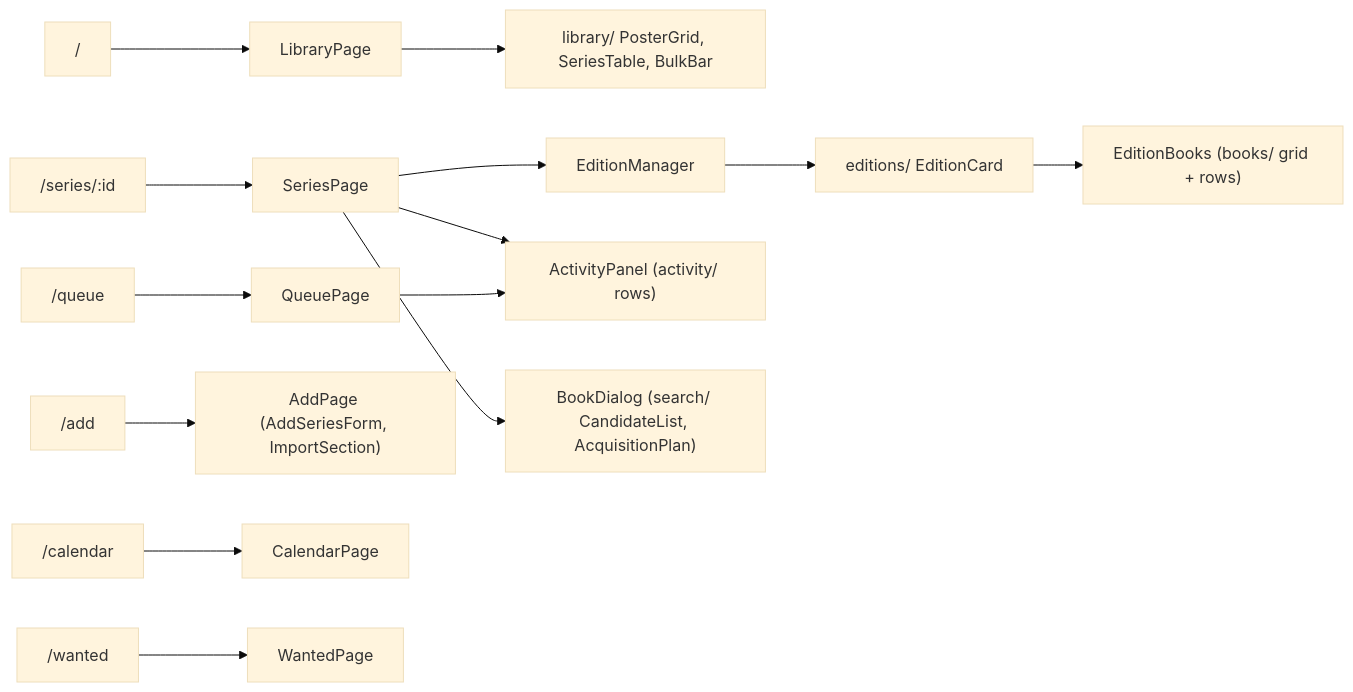
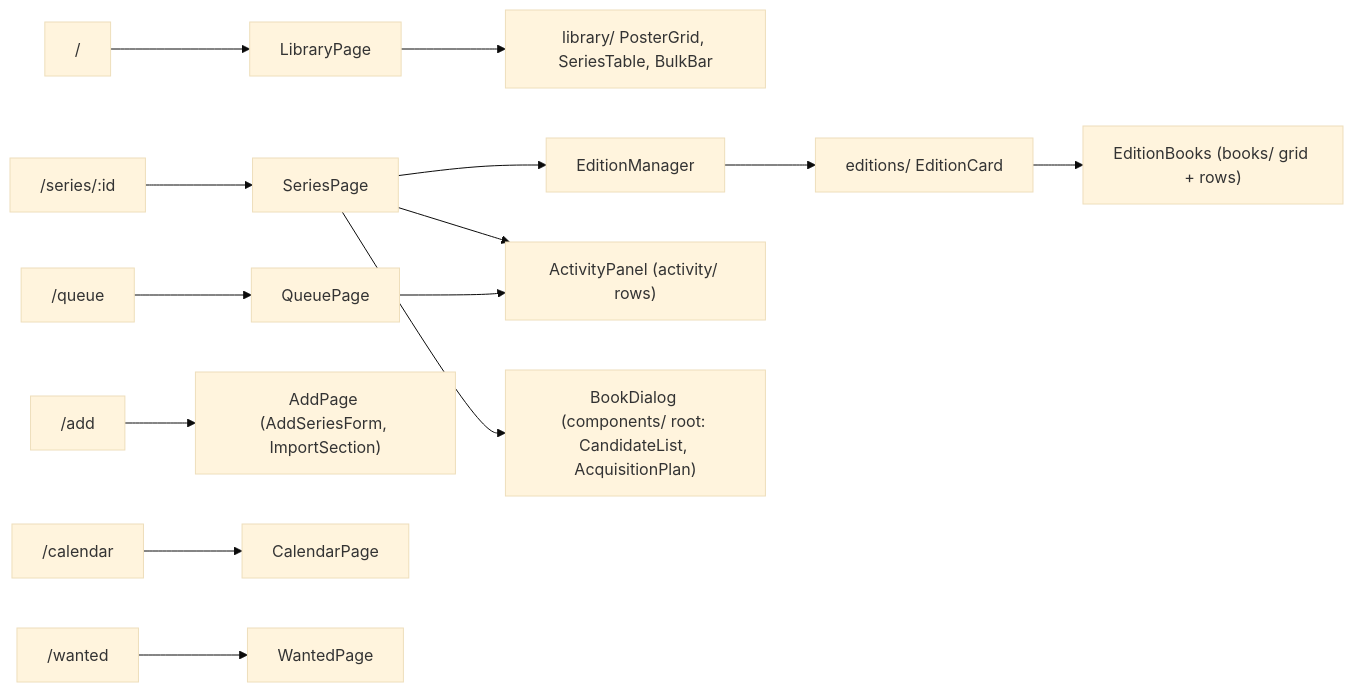
One commit to h-wb/sento changed the second of 6 diagrams in docs/web.md. Above: the diagram before and after it, drawn with Mermaid (base theme). The commit also changed 9 other files, not shown here.

````diff
--- a/docs/web.md
+++ b/docs/web.md
@@ -142,11 +142,11 @@
 ```mermaid
 flowchart LR
   R1["/"] --> LP["LibraryPage"] --> L1["library/ PosterGrid, SeriesTable, BulkBar"]
   R2["/series/:id"] --> SP["SeriesPage"] --> EM["EditionManager"] --> EC["editions/ EditionCard"] --> EB["EditionBooks (books/ grid + rows)"]
   SP --> AP["ActivityPanel (activity/ rows)"]
-  SP --> BD["BookDialog (search/ CandidateList, AcquisitionPlan)"]
+  SP --> BD["BookDialog (components/ root: CandidateList, AcquisitionPlan)"]
   R3["/queue"] --> QP["QueuePage"] --> AP
   R4["/add"] --> ADP["AddPage (AddSeriesForm, ImportSection)"]
   R5["/calendar"] --> CP["CalendarPage"]
   R6["/wanted"] --> WP["WantedPage"]
 ```
````
